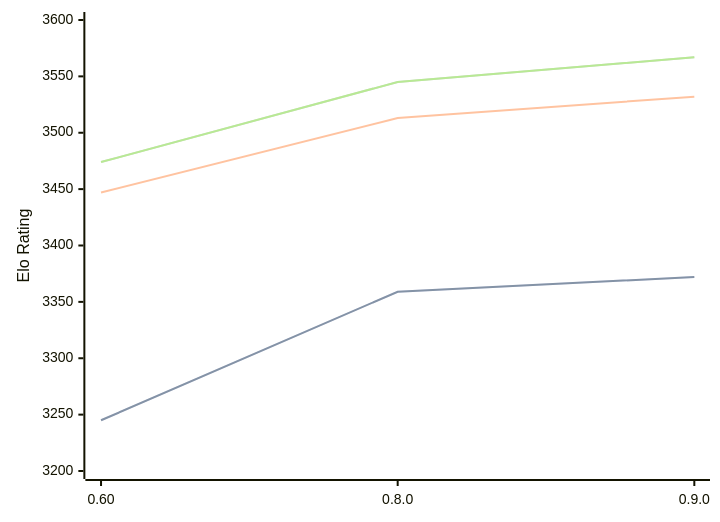
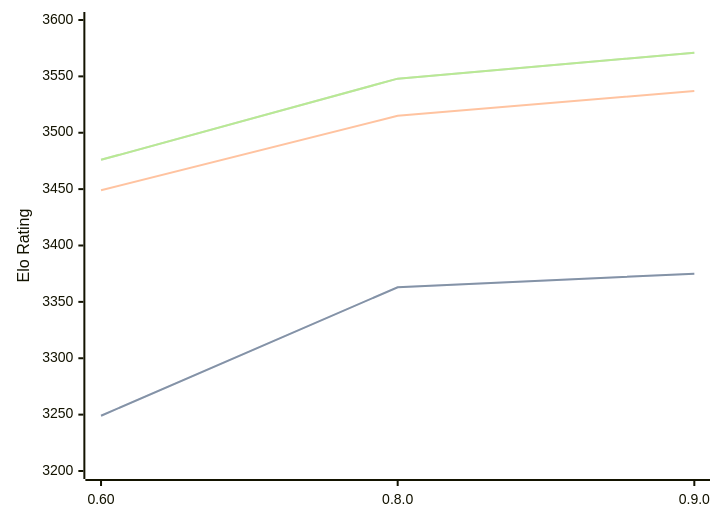
Before and after one commit to computer-chess-index/cci: the diagram in engines/Motor.md, drawn with Mermaid. The commit also changed other lines of this file, not shown here.

Commit message:
Update CCI Ratings (ELO VLTC) - 2026-04-30

````diff
--- a/engines/Motor.md
+++ b/engines/Motor.md
@@ -39,11 +39,11 @@
 ```mermaid
 %%{init: {"theme":"base","themeVariables":{"seriesColors:['#a3a3a3','#222221','#faa371']}}}%%
 xychart-beta
   x-axis ["0.60", "0.8.0", "0.9.0"]
   y-axis "Elo Rating" 3200 --> 3600
-  line "STC (8.0+0.08s)" [3245, 3359, 3372]
-  line "STC (8.0+0.08s)" [3245, 3359, 3372]
-  line "LTC (60.0+0.60s)" [3447, 3513, 3532]
-  line "VLTC (2m24s+1.12s)" [3474, 3545, 3567]
-  line "VLTC (2m24s+1.12s)" [3474, 3545, 3567]
+  line "STC (8.0+0.08s)" [3249, 3363, 3375]
+  line "STC (8.0+0.08s)" [3249, 3363, 3375]
+  line "LTC (60.0+0.60s)" [3449, 3515, 3537]
+  line "VLTC (2m24s+1.12s)" [3476, 3548, 3571]
+  line "VLTC (2m24s+1.12s)" [3476, 3548, 3571]
 ```
````
